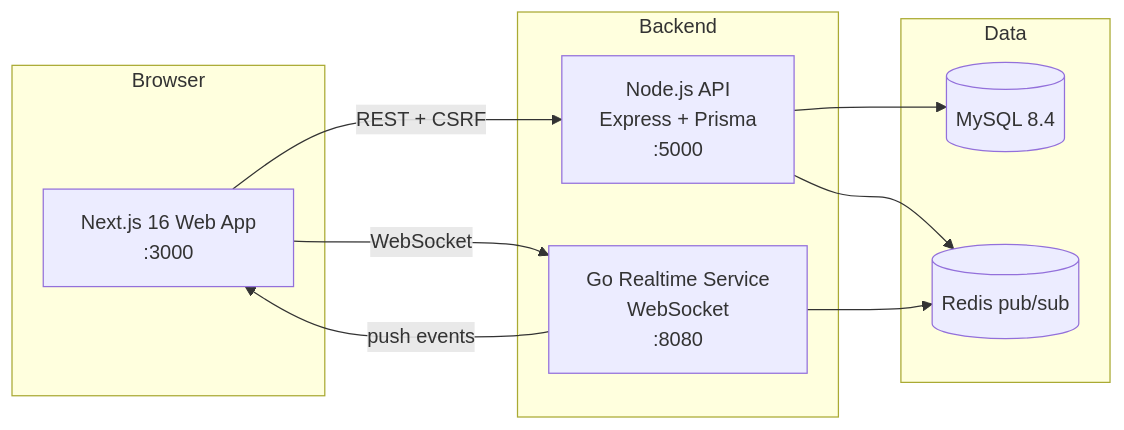
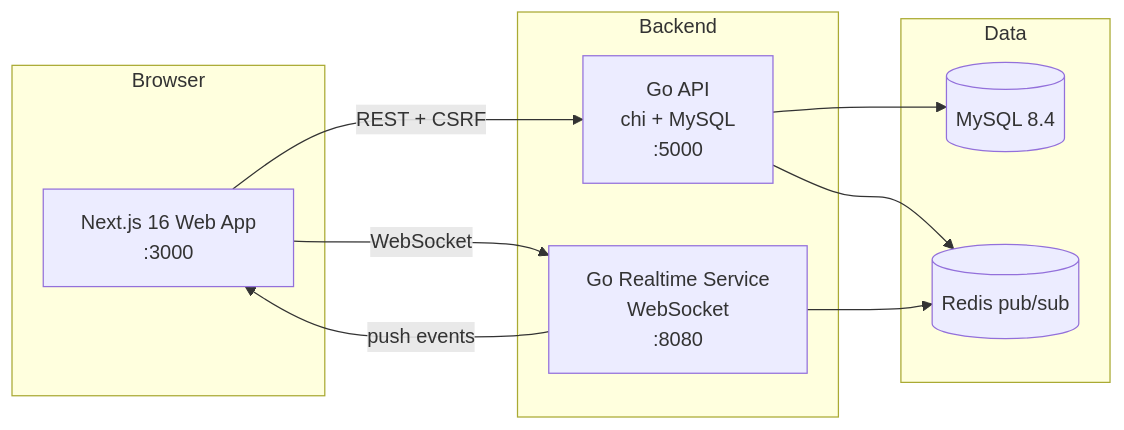
The diagram in README.md (davinakmalyasha/MindEase), drawn with Mermaid before and after one commit. The commit also changed other lines of this file and 234 other files, not shown here.

````diff
--- a/README.md
+++ b/README.md
@@ -282,21 +272,21 @@
 ```mermaid
 graph LR
     subgraph Browser
         W[Next.js 16 Web App<br/>:3000]
     end
     subgraph Backend
-        API[Node.js API<br/>Express + Prisma<br/>:5000]
+        API[Go API<br/>chi + MySQL<br/>:5000]
         RT[Go Realtime Service<br/>WebSocket<br/>:8080]
     end
     subgraph Data
         DB[(MySQL 8.4)]
         R[(Redis pub/sub)]
     end
 
     W -->|REST + CSRF| API
     W -->|WebSocket| RT
     API --> DB
     API --> R
     RT --> R
     RT -->|push events| W
 ```
````
